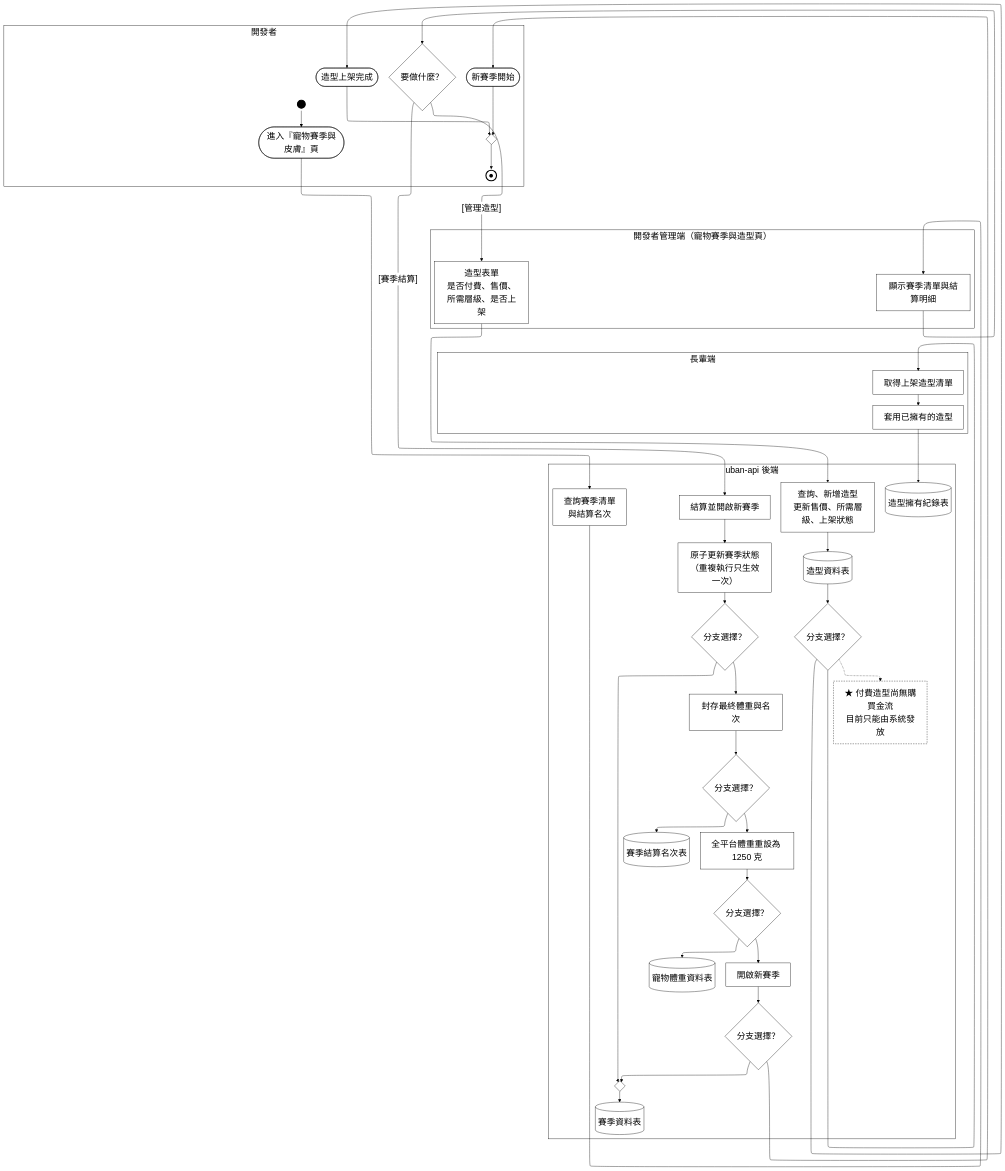
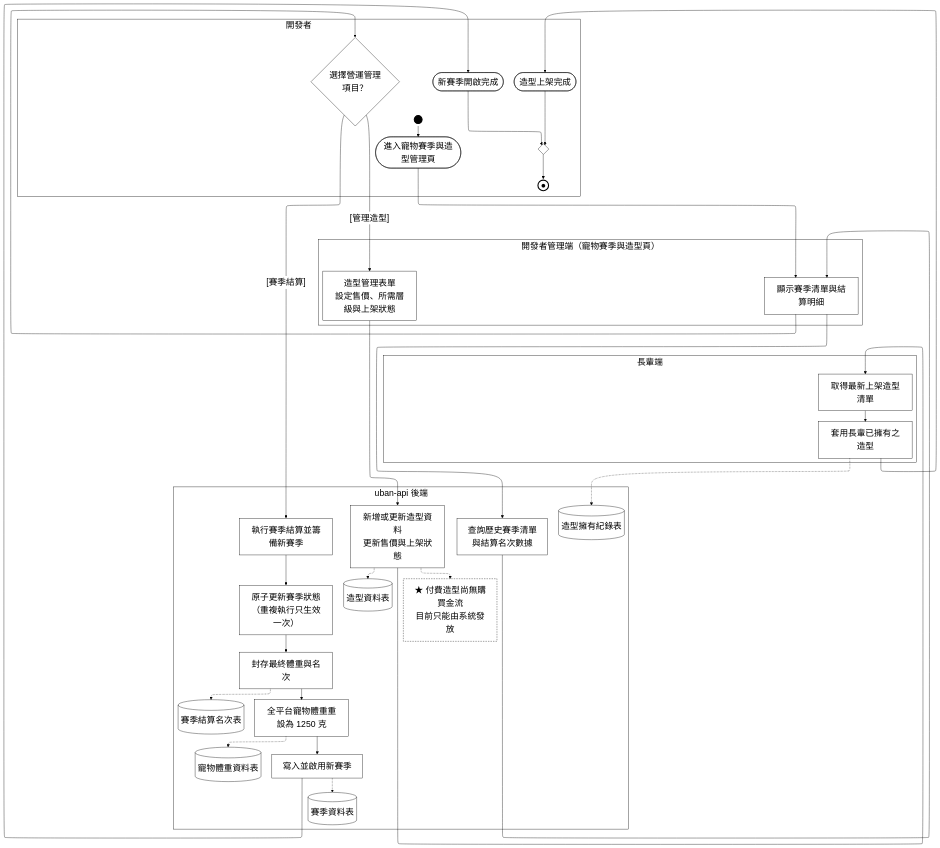
The diagram in Uban System Documents/mermaid原始碼/A29-營運管理.mmd (HuangYu-Kai/Uban), drawn with Mermaid before and after one commit. The commit also changed 116 other files, not shown here.

```diff
--- a/Uban System Documents/mermaid原始碼/A29-營運管理.mmd
+++ b/Uban System Documents/mermaid原始碼/A29-營運管理.mmd
@@ -1,83 +1,70 @@
 %%{init:{"layout":"elk","elk":{"mergeEdges":false,"nodePlacementStrategy":"NETWORK_SIMPLEX"},"flowchart":{"htmlLabels":true},"themeVariables":{"clusterBkg":"#FFFFFF","clusterBorder":"#000000","edgeLabelBackground":"#FFFFFF","textColor":"#000000","nodeTextColor":"#000000","titleColor":"#000000","lineColor":"#000000","fontSize":"24px"}}}%%
 flowchart TD
-  %% 鎖住泳道順序：ELK 不照宣告順序排，沒有這條鏈後端會跑到最上面
   subgraph ROLE["開發者"]
     PAD_ROLE["&nbsp;&nbsp;&nbsp;&nbsp;&nbsp;&nbsp;&nbsp;&nbsp;&nbsp;&nbsp;&nbsp;&nbsp;&nbsp;&nbsp;&nbsp;&nbsp;&nbsp;&nbsp;&nbsp;&nbsp;&nbsp;&nbsp;&nbsp;&nbsp;&nbsp;&nbsp;&nbsp;&nbsp;&nbsp;&nbsp;&nbsp;&nbsp;&nbsp;&nbsp;&nbsp;&nbsp;&nbsp;&nbsp;&nbsp;&nbsp;&nbsp;&nbsp;&nbsp;&nbsp;&nbsp;&nbsp;&nbsp;&nbsp;&nbsp;&nbsp;&nbsp;&nbsp;&nbsp;&nbsp;&nbsp;&nbsp;&nbsp;&nbsp;&nbsp;&nbsp;&nbsp;&nbsp;&nbsp;&nbsp;&nbsp;&nbsp;&nbsp;&nbsp;&nbsp;&nbsp;&nbsp;&nbsp;&nbsp;&nbsp;&nbsp;&nbsp;&nbsp;&nbsp;&nbsp;&nbsp;&nbsp;&nbsp;&nbsp;&nbsp;&nbsp;&nbsp;&nbsp;&nbsp;&nbsp;&nbsp;&nbsp;&nbsp;&nbsp;&nbsp;&nbsp;&nbsp;&nbsp;&nbsp;&nbsp;&nbsp;&nbsp;&nbsp;&nbsp;&nbsp;&nbsp;&nbsp;&nbsp;"]:::pad
     ST_S1(("&nbsp;")):::term
-    S1([進入『寵物賽季與皮膚』頁]):::act
-    S2{"要做什麼？"}:::dec
-    S3(["新賽季開始"]):::act
+    S1([進入寵物賽季與造型管理頁]):::act
+    S2{"選擇營運管理<br/>項目？"}:::dec
+    S3(["新賽季開啟完成"]):::act
     S4(["造型上架完成"]):::act
     M_END{" "}:::dec
     EN_ALL(("●")):::endterm
   end
   subgraph FE["開發者管理端（寵物賽季與造型頁）"]
     PAD_FE["&nbsp;&nbsp;&nbsp;&nbsp;&nbsp;&nbsp;&nbsp;&nbsp;&nbsp;&nbsp;&nbsp;&nbsp;&nbsp;&nbsp;&nbsp;&nbsp;&nbsp;&nbsp;&nbsp;&nbsp;&nbsp;&nbsp;&nbsp;&nbsp;&nbsp;&nbsp;&nbsp;&nbsp;&nbsp;&nbsp;&nbsp;&nbsp;&nbsp;&nbsp;&nbsp;&nbsp;&nbsp;&nbsp;&nbsp;&nbsp;&nbsp;&nbsp;&nbsp;&nbsp;&nbsp;&nbsp;&nbsp;&nbsp;&nbsp;&nbsp;&nbsp;&nbsp;&nbsp;&nbsp;&nbsp;&nbsp;&nbsp;&nbsp;&nbsp;&nbsp;&nbsp;&nbsp;&nbsp;&nbsp;&nbsp;&nbsp;&nbsp;&nbsp;&nbsp;&nbsp;&nbsp;&nbsp;&nbsp;&nbsp;&nbsp;&nbsp;&nbsp;&nbsp;&nbsp;&nbsp;&nbsp;&nbsp;&nbsp;&nbsp;&nbsp;&nbsp;&nbsp;&nbsp;&nbsp;&nbsp;&nbsp;&nbsp;&nbsp;&nbsp;&nbsp;&nbsp;&nbsp;&nbsp;&nbsp;&nbsp;&nbsp;&nbsp;&nbsp;&nbsp;&nbsp;&nbsp;&nbsp;&nbsp;&nbsp;&nbsp;&nbsp;&nbsp;&nbsp;&nbsp;&nbsp;&nbsp;&nbsp;&nbsp;&nbsp;&nbsp;&nbsp;&nbsp;&nbsp;&nbsp;&nbsp;&nbsp;&nbsp;"]:::pad
     A1["顯示賽季清單與結算明細"]:::act
-    A2["造型表單<br/>是否付費、售價、<br/>所需層級、是否上架"]:::act
+    A2["造型管理表單<br/>設定售價、所需層級與上架狀態"]:::act
   end
   subgraph FE2["長輩端"]
     PAD_FE2["&nbsp;&nbsp;&nbsp;&nbsp;&nbsp;&nbsp;&nbsp;&nbsp;&nbsp;&nbsp;&nbsp;&nbsp;&nbsp;&nbsp;&nbsp;&nbsp;&nbsp;&nbsp;&nbsp;&nbsp;&nbsp;&nbsp;&nbsp;&nbsp;&nbsp;&nbsp;&nbsp;&nbsp;&nbsp;&nbsp;&nbsp;&nbsp;&nbsp;&nbsp;&nbsp;&nbsp;&nbsp;&nbsp;&nbsp;&nbsp;&nbsp;&nbsp;&nbsp;&nbsp;&nbsp;&nbsp;&nbsp;&nbsp;&nbsp;&nbsp;&nbsp;&nbsp;&nbsp;&nbsp;&nbsp;&nbsp;&nbsp;&nbsp;&nbsp;&nbsp;&nbsp;&nbsp;&nbsp;&nbsp;&nbsp;&nbsp;&nbsp;&nbsp;&nbsp;&nbsp;&nbsp;&nbsp;&nbsp;&nbsp;&nbsp;&nbsp;&nbsp;&nbsp;&nbsp;&nbsp;&nbsp;&nbsp;&nbsp;&nbsp;&nbsp;&nbsp;&nbsp;&nbsp;&nbsp;&nbsp;&nbsp;&nbsp;&nbsp;&nbsp;&nbsp;&nbsp;&nbsp;&nbsp;&nbsp;&nbsp;&nbsp;&nbsp;&nbsp;&nbsp;&nbsp;&nbsp;&nbsp;&nbsp;&nbsp;&nbsp;&nbsp;&nbsp;&nbsp;&nbsp;&nbsp;&nbsp;&nbsp;&nbsp;&nbsp;&nbsp;&nbsp;&nbsp;&nbsp;&nbsp;&nbsp;&nbsp;&nbsp;&nbsp;&nbsp;&nbsp;&nbsp;&nbsp;&nbsp;&nbsp;&nbsp;&nbsp;&nbsp;&nbsp;&nbsp;&nbsp;&nbsp;&nbsp;&nbsp;&nbsp;&nbsp;&nbsp;&nbsp;&nbsp;&nbsp;&nbsp;&nbsp;&nbsp;&nbsp;&nbsp;&nbsp;&nbsp;&nbsp;&nbsp;&nbsp;&nbsp;&nbsp;&nbsp;&nbsp;&nbsp;&nbsp;&nbsp;"]:::pad
-    E1["取得上架造型清單"]:::act
-    E2["套用已擁有的造型"]:::act
+    E1["取得最新上架造型清單"]:::act
+    E2["套用長輩已擁有之造型"]:::act
   end
   subgraph BE["uban-api 後端"]
-    B1["查詢賽季清單<br/>與結算名次"]:::act
-    B2["結算並開啟新賽季"]:::act
+    B1["查詢歷史賽季清單<br/>與結算名次數據"]:::act
+    B2["執行賽季結算並籌備新賽季"]:::act
     B3["原子更新賽季狀態<br/>（重複執行只生效一次）"]:::act
     B4["封存最終體重與名次"]:::act
-    B5["全平台體重重設為 1250 克"]:::act
-    B6["開啟新賽季"]:::act
-    B7["查詢、新增造型<br/>更新售價、所需層級、上架狀態"]:::act
+    B5["全平台寵物體重重設為 1250 克"]:::act
+    B6["寫入並啟用新賽季"]:::act
+    B7["新增或更新造型資料<br/>更新售價與上架狀態"]:::act
     D1[("賽季資料表")]:::act
     D2[("賽季結算名次表")]:::act
     D3[("寵物體重資料表")]:::act
     D4[("造型資料表")]:::act
     D5[("造型擁有紀錄表")]:::act
     GAP["★ 付費造型尚無購買金流<br/>目前只能由系統發放"]:::gap
-    D_B3{"分支選擇？"}:::dec
-    D_B4{"分支選擇？"}:::dec
-    D_B5{"分支選擇？"}:::dec
-    D_B6{"分支選擇？"}:::dec
-    D_D4{"分支選擇？"}:::dec
-    M_D1{" "}:::dec
   end
 
   ST_S1 --> S1
-  S1 --> B1
+  S1 --> A1
+  A1 --> B1
   B1 --> A1
   A1 --> S2
   S2 -->|"[賽季結算]"| B2
   B2 --> B3
-  D_B3 --> M_D1
-  D_B3 --> B4
-  D_B4 --> D2
-  D_B4 --> B5
-  D_B5 --> D3
-  D_B5 --> B6
-  D_B6 --> M_D1
-  D_B6 --> S3
+  B3 --> B4
+  B4 -.-> D2
+  B4 --> B5
+  B5 -.-> D3
+  B5 --> B6
+  B6 -.-> D1
+  B6 --> S3
+  S3 --> M_END
   S2 -->|"[管理造型]"| A2
   A2 --> B7
-  B7 --> D4
-  D_D4 --> S4
-  D_D4 --> E1
+  B7 -.-> D4
+  B7 -.-> GAP
+  B7 --> E1
   E1 --> E2
-  E2 --> D5
-  D_D4 -.-> GAP
-  S3 --> M_END
+  E2 -.-> D5
+  E2 --> S4
   S4 --> M_END
-  B3 --> D_B3
-  B4 --> D_B4
-  B5 --> D_B5
-  B6 --> D_B6
-  D4 --> D_D4
-  M_D1 --> D1
   M_END --> EN_ALL
   ROLE ~~~ FE ~~~ FE2 ~~~ BE
   classDef pad  fill:none,stroke:none,color:#FFFFFF
   classDef act  fill:#FFFFFF,stroke:#000000,stroke-width:1px,color:#000000
   classDef dec  fill:#FFFFFF,stroke:#000000,stroke-width:1px,color:#000000
   classDef term fill:#000000,stroke:#000000,stroke-width:3px,color:#000000
   classDef endterm fill:#FFFFFF,stroke:#000000,stroke-width:3px,color:#000000
   classDef gap  fill:#FFFFFF,stroke:#000000,stroke-width:1px,color:#000000,stroke-dasharray:4 3
```
